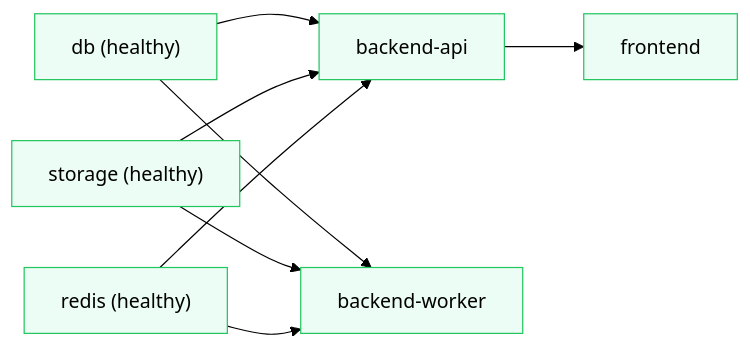
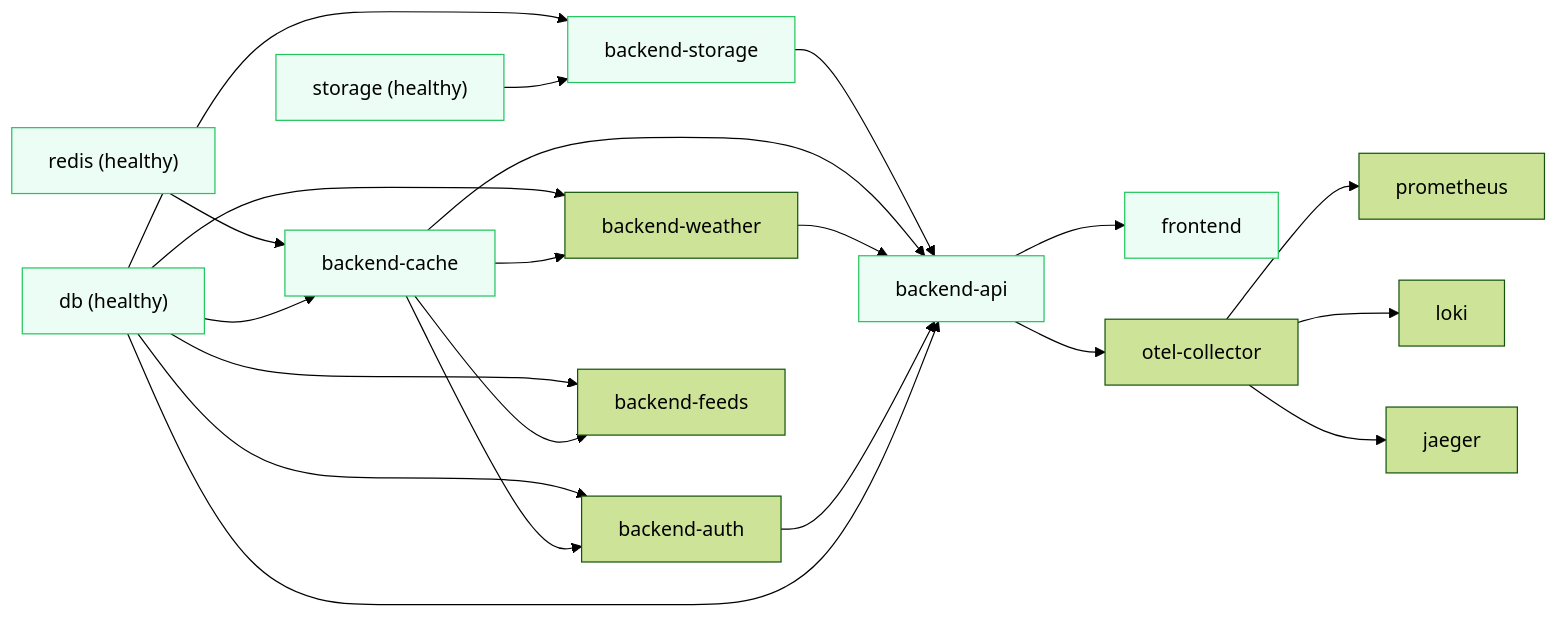
One commit to BastianGomezVidal/riskio changed the second of 3 diagrams in ARCHITECTURE-COMPOSE.md. Above: the diagram before and after it, drawn with Mermaid (forest theme). The commit also changed other lines of this file and 10 other files, not shown here.

````diff
--- a/ARCHITECTURE-COMPOSE.md
+++ b/ARCHITECTURE-COMPOSE.md
@@ -75,13 +152,26 @@
 ```mermaid
 flowchart LR
-  DB["db (healthy)"] --> API["backend-api"]
-  DB --> WK["backend-worker"]
-  S3["storage (healthy)"] --> API
-  S3 --> WK
-  R["redis (healthy)"] --> API
-  R --> WK
+  DB["db (healthy)"] --> ST["backend-storage"]
+  S3["storage (healthy)"] --> ST
+  R["redis (healthy)"] --> CA["backend-cache"]
+  DB --> CA
+  DB --> AU["backend-auth"]
+  DB --> WE["backend-weather"]
+  DB --> FD["backend-feeds"]
+  CA --> AU
+  CA --> WE
+  CA --> FD
+  ST --> API["backend-api"]
+  CA --> API
+  WE --> API
+  AU --> API
+  DB --> API
   API --> FE["frontend"]
+  API --> OTLP["otel-collector"]
+  OTLP --> PR["prometheus"]
+  OTLP --> LO["loki"]
+  OTLP --> JA["jaeger"]
 
   classDef healthy fill:#ecfdf5,stroke:#22c55e
-  class DB,S3,R,API,FE,WK healthy
+  class DB,S3,R,ST,CA,AUTH,API,FE healthy
 ```
````
